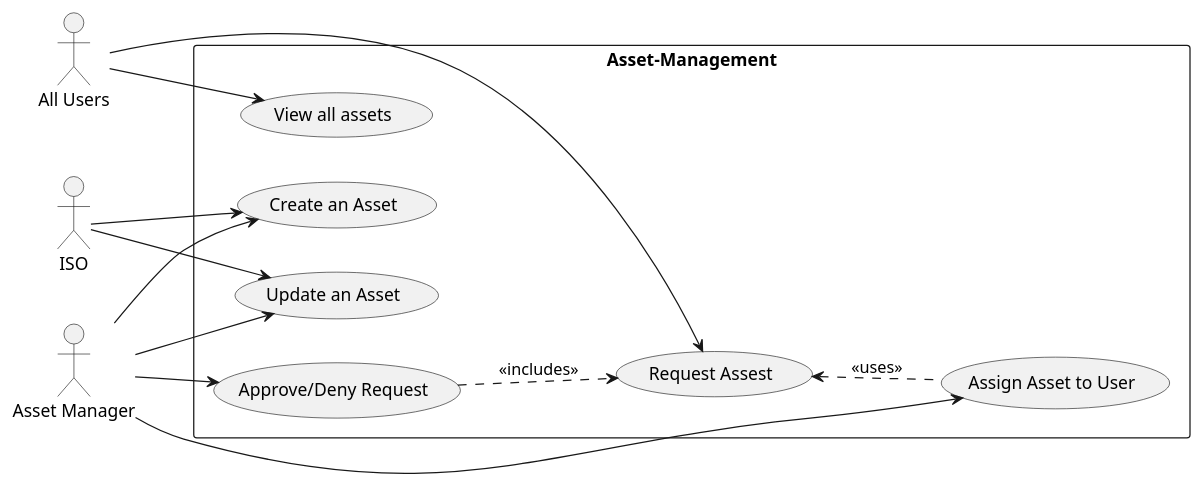
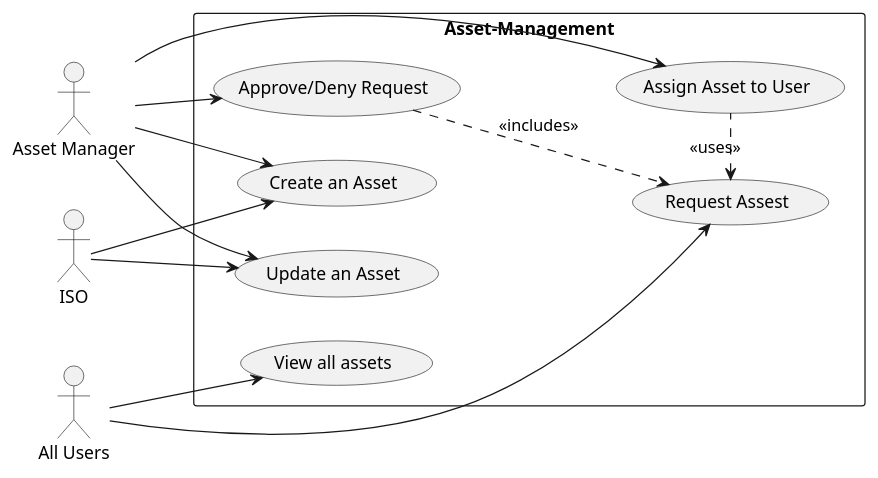
One commit to COS301-SE-2023/InfoSafe changed the diagram in Documentation/Diagrams/Asset-Management.puml. Above: the diagram before and after it, drawn with PlantUML. The commit also changed 1 other file, not shown here.

```diff
--- a/Documentation/Diagrams/Asset-Management.puml
+++ b/Documentation/Diagrams/Asset-Management.puml
@@ -1,24 +1,24 @@
 @startuml
 left to right direction
 actor "Asset Manager" as am
 actor "ISO" as iso
 actor "All Users" as user
 rectangle Asset-Management {
   usecase "Create an Asset" as UC1
   usecase "Update an Asset" as UC2
   usecase "Assign Asset to User" as UC3
   usecase "View all assets" as UC4
   usecase "Request Assest" as UC5
   usecase "Approve/Deny Request" as UC6
 }
 iso --> UC1
 iso --> UC2
 am --> UC1
 am --> UC2
 am --> UC3
 am --> UC6
 user --> UC4
 user --> UC5
-UC5 <.. UC3 : <<uses>>
+UC5 <. UC3 : <<uses>>
 UC6 ..> UC5 : <<includes>>
 @enduml
```
